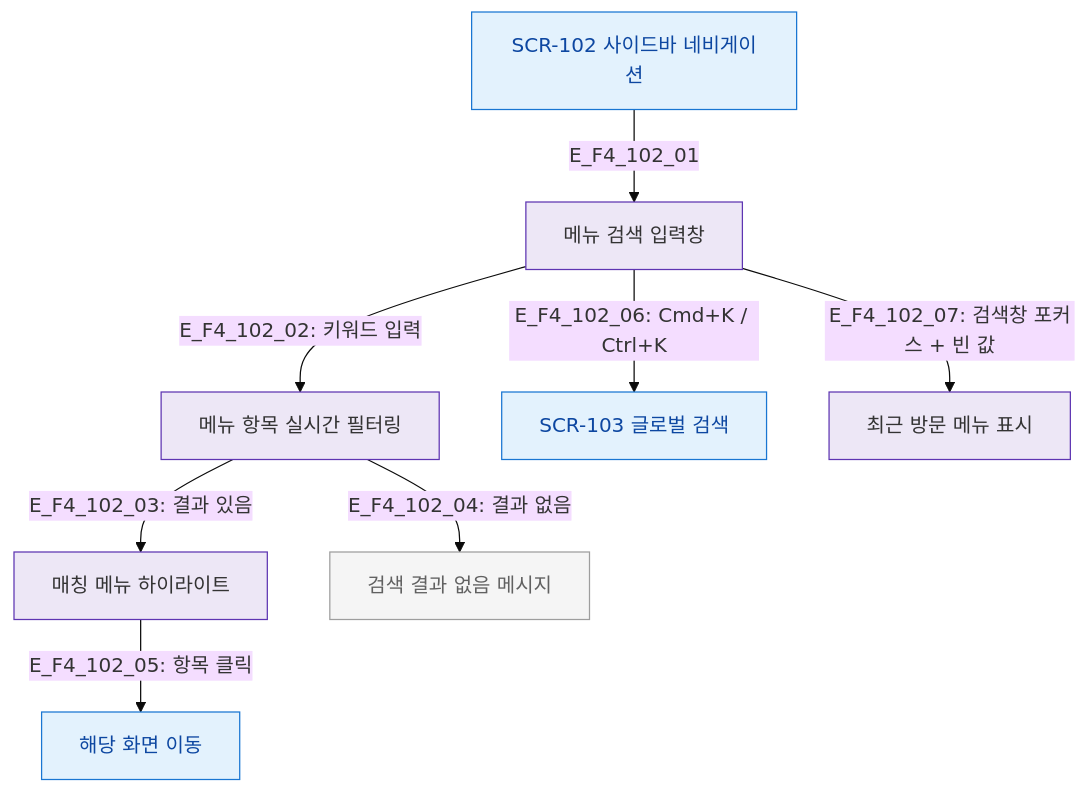
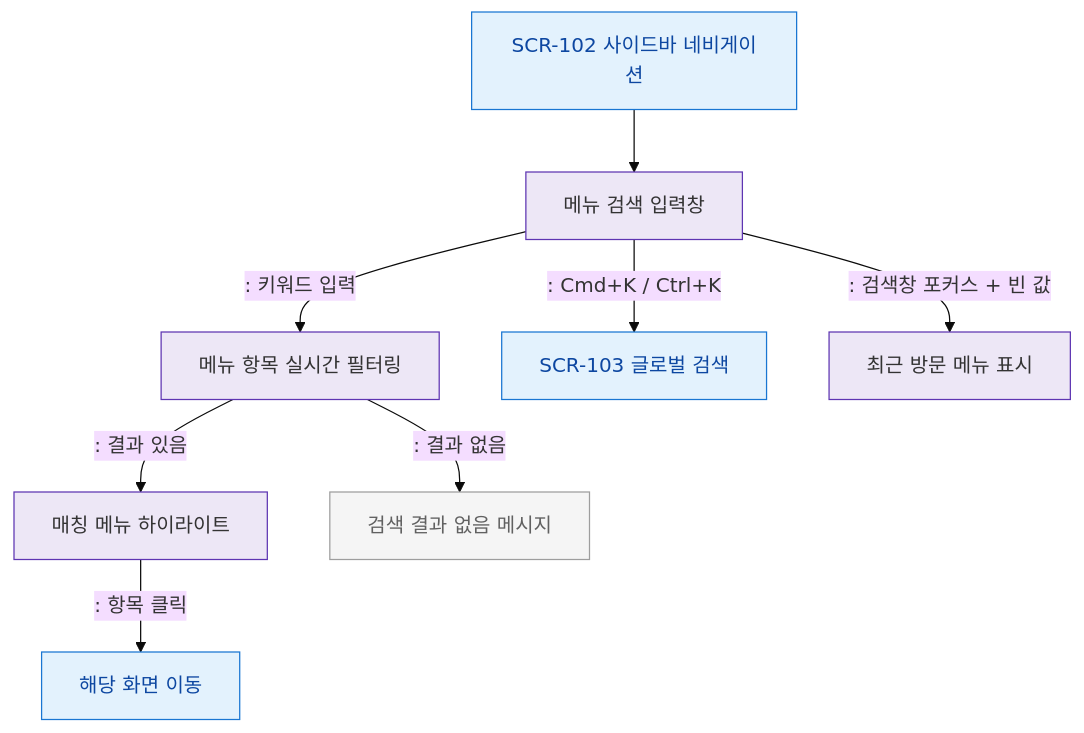
The diagram in docs/다이어그램/D01_공통/SCR-102_사이드바_네비게이션/F4_필터검색.md (dev-spogym/admin-pando), drawn with Mermaid (base theme) before and after one commit. The commit also changed other lines of this file and 1660 other files, not shown here.

First line of the commit message:
다이어그램: 기획자/클라이언트 납품본으로 정리

````diff
--- a/docs/다이어그램/D01_공통/SCR-102_사이드바_네비게이션/F4_필터검색.md
+++ b/docs/다이어그램/D01_공통/SCR-102_사이드바_네비게이션/F4_필터검색.md
@@ -19,19 +17,19 @@
 ```mermaid
 flowchart TD
-    SCR_102[SCR-102 사이드바 네비게이션] -->|E_F4_102_01| SEARCH_INPUT[메뉴 검색 입력창]
+    SCR_102[SCR-102 사이드바 네비게이션] --> SEARCH_INPUT[메뉴 검색 입력창]
 
-    SEARCH_INPUT -->|"E_F4_102_02: 키워드 입력"| FILTER_MENU[메뉴 항목 실시간 필터링]
-    FILTER_MENU -->|"E_F4_102_03: 결과 있음"| SHOW_RESULT[매칭 메뉴 하이라이트]
-    FILTER_MENU -->|"E_F4_102_04: 결과 없음"| EMPTY_STATE[검색 결과 없음 메시지]
-    SHOW_RESULT -->|"E_F4_102_05: 항목 클릭"| NAV[해당 화면 이동]
+    SEARCH_INPUT -->|": 키워드 입력"|FILTER_MENU[메뉴 항목 실시간 필터링]
+    FILTER_MENU -->|": 결과 있음"|SHOW_RESULT[매칭 메뉴 하이라이트]
+    FILTER_MENU -->|": 결과 없음"|EMPTY_STATE[검색 결과 없음 메시지]
+    SHOW_RESULT -->|": 항목 클릭"|NAV[해당 화면 이동]
 
-    SEARCH_INPUT -->|"E_F4_102_06: Cmd+K / Ctrl+K"| SCR_103[SCR-103 글로벌 검색]
-    SEARCH_INPUT -->|"E_F4_102_07: 검색창 포커스 + 빈 값"| RECENT[최근 방문 메뉴 표시]
+    SEARCH_INPUT -->|": Cmd+K / Ctrl+K"|SCR_103[SCR-103 글로벌 검색]
+    SEARCH_INPUT -->|": 검색창 포커스 + 빈 값"|RECENT[최근 방문 메뉴 표시]
 
-    classDef screen      fill:#E3F2FD,stroke:#1976D2,color:#0D47A1
-    classDef system      fill:#EDE7F6,stroke:#5E35B2
+    classDef screen fill:#E3F2FD,stroke:#1976D2,color:#0D47A1
+    classDef system fill:#EDE7F6,stroke:#5E35B2
     classDef rbacBlocked fill:#F5F5F5,stroke:#9E9E9E,color:#616161
     class SCR_102,NAV,SCR_103 screen
     class SEARCH_INPUT,FILTER_MENU,SHOW_RESULT,RECENT system
     class EMPTY_STATE rbacBlocked
 ```
````
